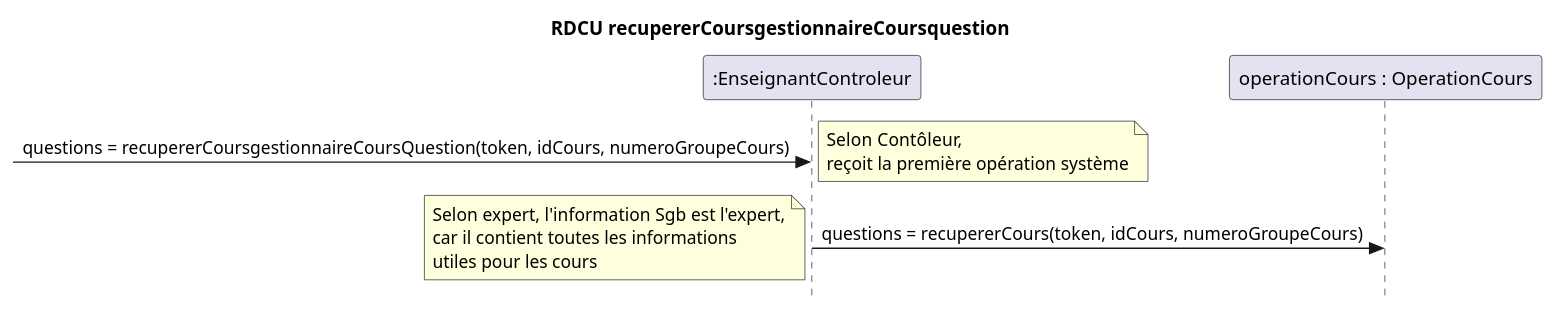
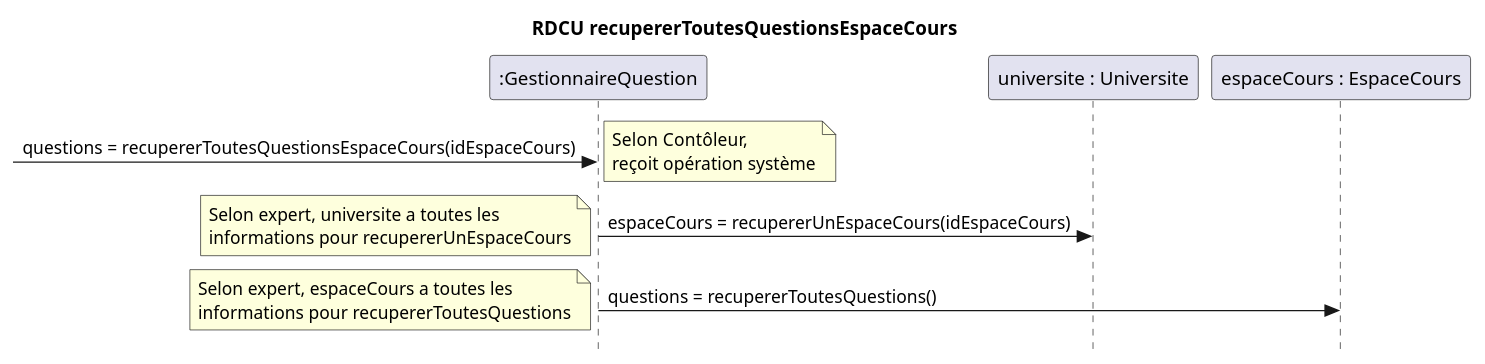
One commit to nerdz88/SGA-TS changed the second of 3 diagrams in docs/Ajouter question/RDCU_Ajouter_Question.puml. Above: the diagram before and after it, drawn with PlantUML. The commit also changed other lines of this file and 39 other files, not shown here.

```diff
--- a/docs/Ajouter question/RDCU_Ajouter_Question.puml
+++ b/docs/Ajouter question/RDCU_Ajouter_Question.puml
@@ -37,11 +35,14 @@
-@startuml recupererCoursgestionnaireCoursQuestion
+@startuml recupererCoursSgaQuestion
 skinparam style strictuml
 skinparam defaultfontname Verdana
-title RDCU recupererCoursgestionnaireCoursquestion
-participant ":EnseignantControleur" as gestionnaireCours
-participant "operationCours : OperationCours" as universite
-->gestionnaireCours : questions = recupererCoursgestionnaireCoursQuestion(token, idCours, numeroGroupeCours)
-note left : Selon Contôleur,\nreçoit la première opération système
-gestionnaireCours->universite: questions = recupererCours(token, idCours, numeroGroupeCours)
-note left : Selon expert, l'information Sgb est l'expert,\ncar il contient toutes les informations\nutiles pour les cours
+title RDCU recupererToutesQuestionsEspaceCours
+participant ":GestionnaireQuestion" as gestionnaireQuestion
+participant "universite : Universite" as universite
+participant "espaceCours : EspaceCours" as cours
+->gestionnaireQuestion : questions = recupererToutesQuestionsEspaceCours(idEspaceCours)
+note left : Selon Contôleur,\nreçoit opération système
+gestionnaireQuestion -> universite : espaceCours = recupererUnEspaceCours(idEspaceCours)
+note left : Selon expert, universite a toutes les\ninformations pour recupererUnEspaceCours
+gestionnaireQuestion -> cours : questions = recupererToutesQuestions()
+note left : Selon expert, espaceCours a toutes les\ninformations pour recupererToutesQuestions
 @enduml
```
